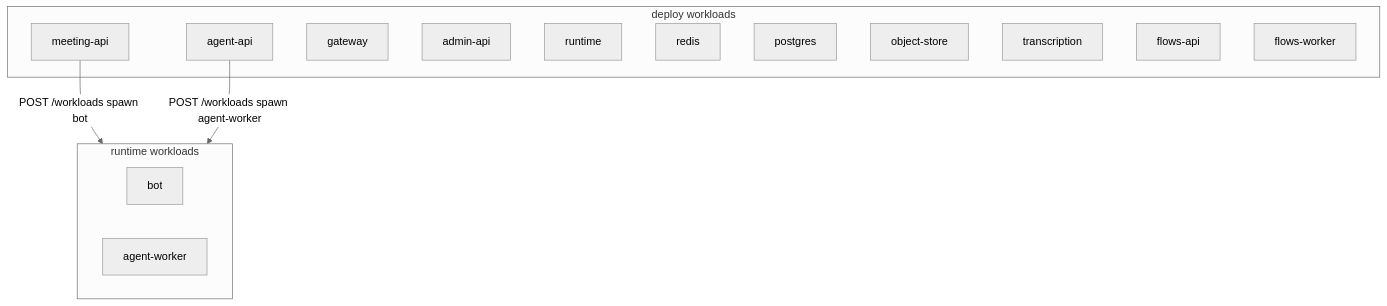
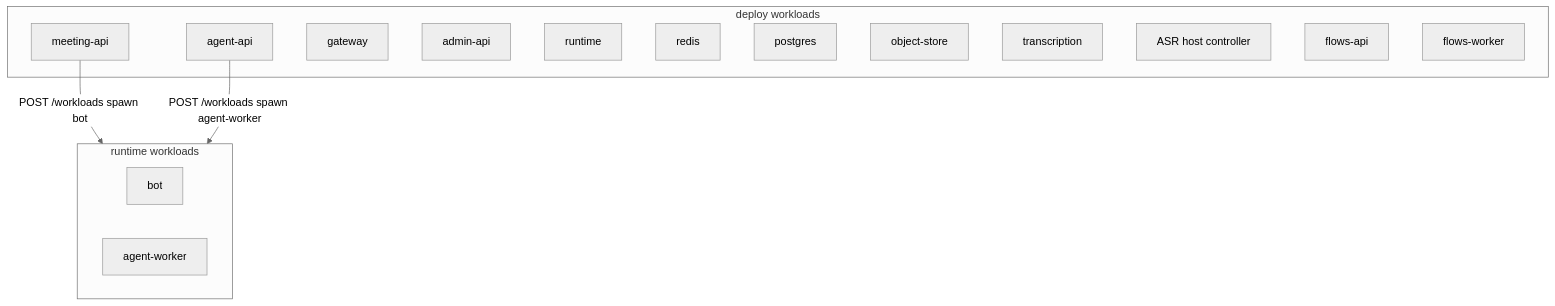
The diagram in docs/views/deployment.mmd (NamTV2712/TINA-demo), drawn with Mermaid (neutral theme) before and after one commit. The commit also changed 59 other files, not shown here.

```diff
--- a/docs/views/deployment.mmd
+++ b/docs/views/deployment.mmd
@@ -1,23 +1,24 @@
 %% GENERATED — pnpm arch:dsl --write
 flowchart TB
   subgraph runtime_wl["runtime workloads"]
     bot["bot"]
     agent_worker["agent-worker"]
   end
   meeting_api -->|"POST /workloads spawn bot"| runtime_wl
   agent_api -->|"POST /workloads spawn agent-worker"| runtime_wl
   subgraph deploy_wl["deploy workloads"]
     gateway["gateway"]
     meeting_api["meeting-api"]
     agent_api["agent-api"]
     admin_api["admin-api"]
     runtime["runtime"]
     redis["redis"]
     postgres["postgres"]
     object_store["object-store"]
     transcription["transcription"]
+    asr_control["ASR host controller"]
   end
   subgraph deploy_wl["deploy workloads"]
     flows_api["flows-api"]
     flows_worker["flows-worker"]
   end
```
